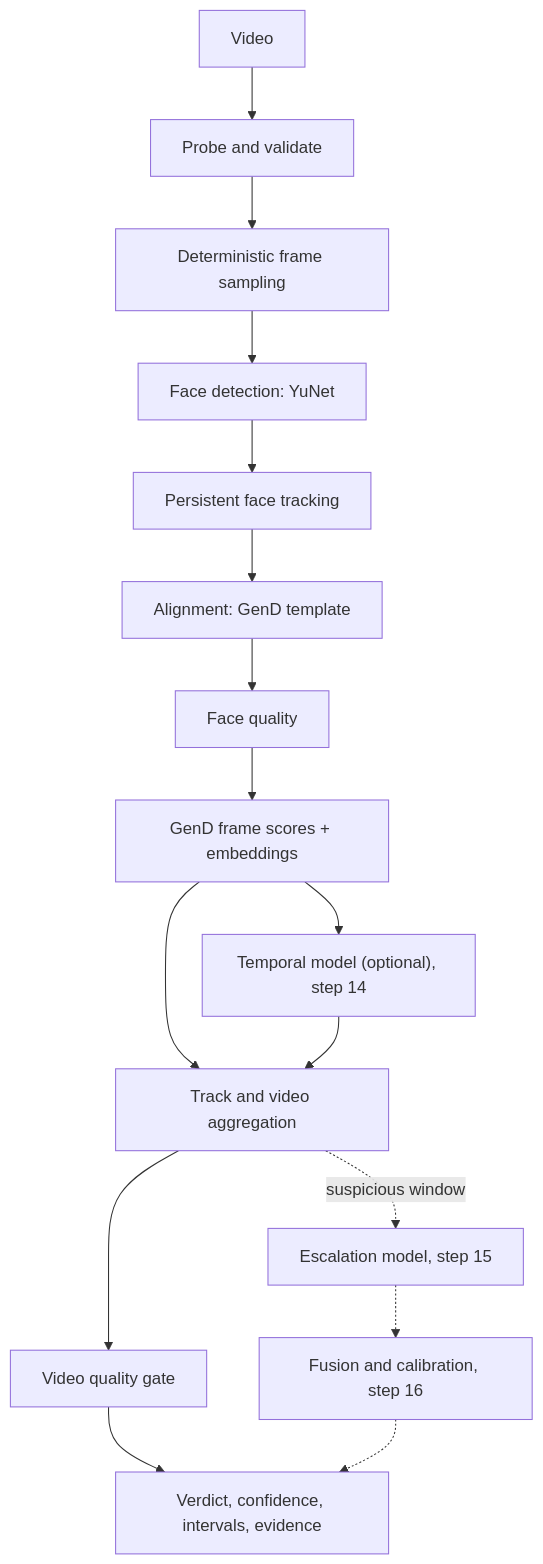
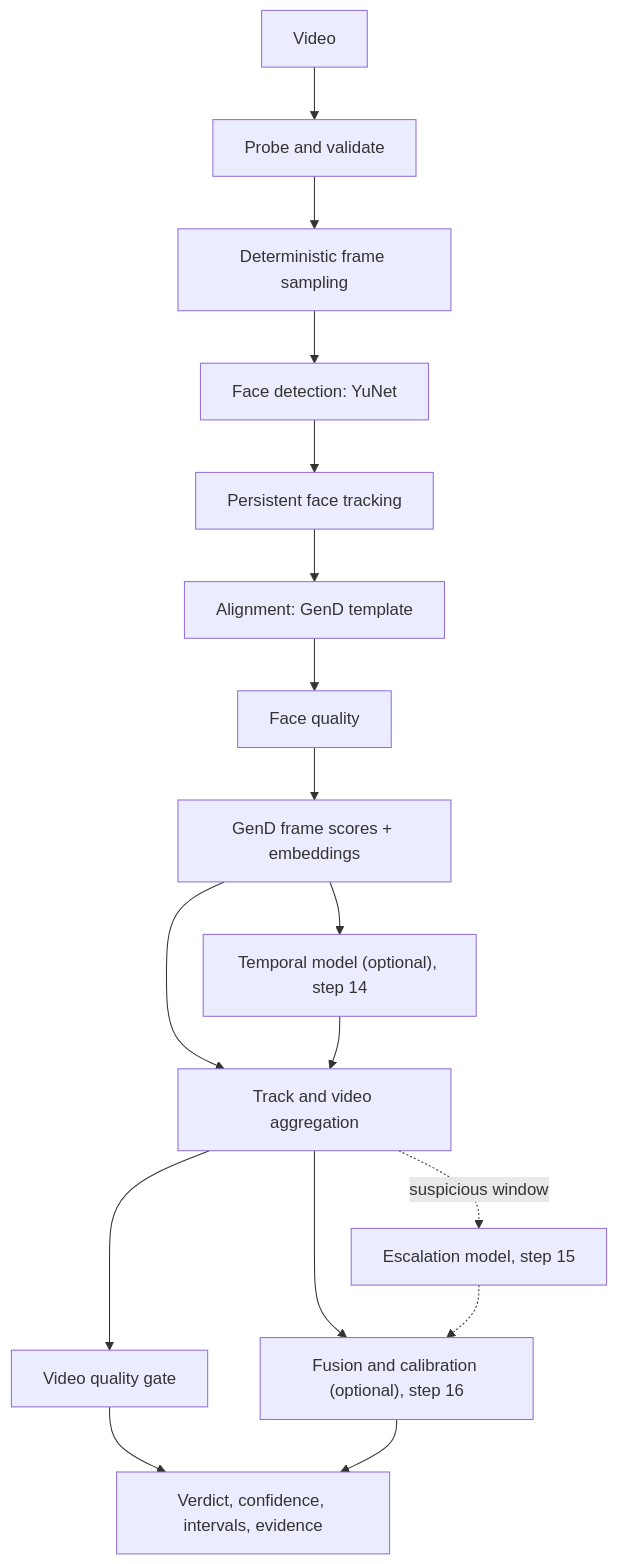
Before and after one commit to romanmihaiiulian/deepfake_detector: the diagram in docs/architecture.md, drawn with Mermaid. The commit also changed other lines of this file and 22 other files, not shown here.

````diff
--- a/docs/architecture.md
+++ b/docs/architecture.md
@@ -32,18 +32,19 @@
 ```mermaid
 flowchart TD
     V[Video] --> P[Probe and validate]
     P --> S[Deterministic frame sampling]
     S --> D[Face detection: YuNet]
     D --> T[Persistent face tracking]
     T --> A[Alignment: GenD template]
     A --> Q[Face quality]
     Q --> G[GenD frame scores + embeddings]
     G --> AG[Track and video aggregation]
     AG --> VQ[Video quality gate]
     VQ --> VD[Verdict, confidence, intervals, evidence]
     G --> TM["Temporal model (optional), step 14"]
     TM --> AG
     AG -.->|suspicious window| VL[Escalation model, step 15]
-    VL -.-> CAL[Fusion and calibration, step 16]
-    CAL -.-> VD
+    AG --> CAL["Fusion and calibration (optional), step 16"]
+    CAL --> VD
+    VL -.-> CAL
 ```
````
